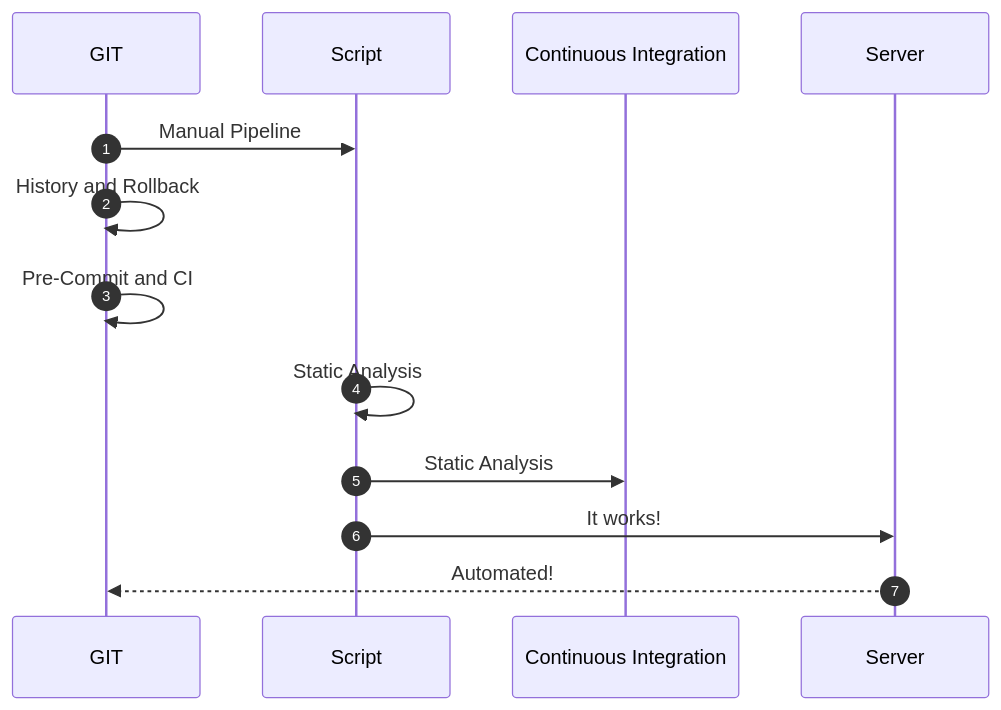
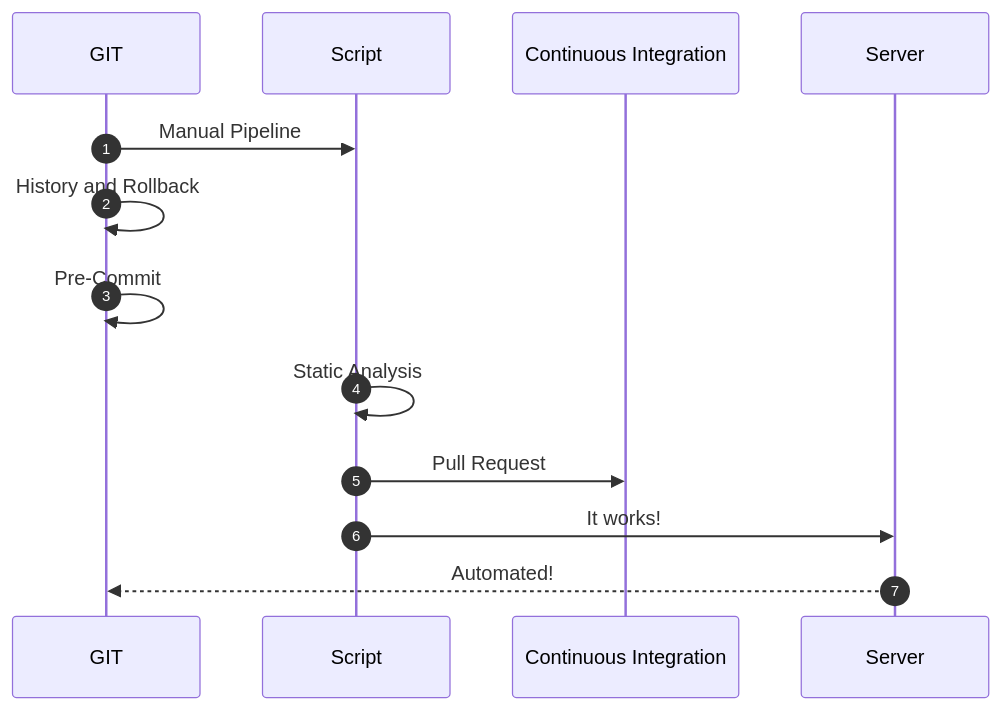
The fourth of 4 diagrams in doc/automation.md (imjoseangel/sandbox), drawn with Mermaid before and after one commit.

````diff
--- a/doc/automation.md
+++ b/doc/automation.md
@@ -91,11 +91,11 @@
 ```mermaid
 sequenceDiagram
     autonumber
     GIT->>Script: Manual Pipeline
     GIT->>GIT: History and Rollback
-    GIT->>GIT: Pre-Commit and CI
+    GIT->>GIT: Pre-Commit
     Script->>Script: Static Analysis
-    Script->>Continuous Integration: Static Analysis
+    Script->>Continuous Integration: Pull Request
     Script->>Server: It works!
     Server-->>GIT: Automated!
 ```
````
